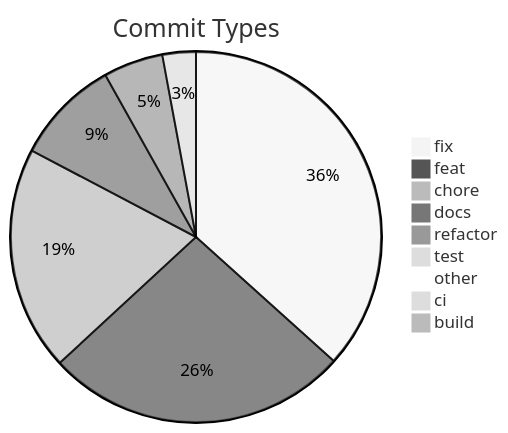
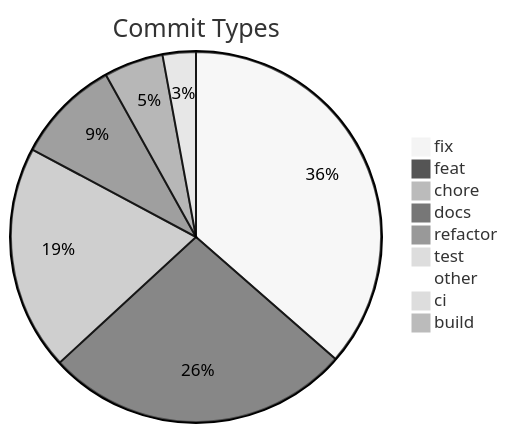
Before and after one commit to svenroth-ai/shipwright-webui: the diagram in .shipwright/compliance/change-history.md, drawn with Mermaid (neutral theme). The commit also changed other lines of this file and 28 other files, not shown here.

````diff
--- a/.shipwright/compliance/change-history.md
+++ b/.shipwright/compliance/change-history.md
@@ -8,12 +8,12 @@
 ```mermaid
 pie title Commit Types
     "fix" : 176
-    "feat" : 127
-    "chore" : 94
+    "feat" : 129
+    "chore" : 95
     "docs" : 44
     "refactor" : 25
     "test" : 14
     "other" : 4
     "ci" : 3
     "build" : 1
 ```
````
